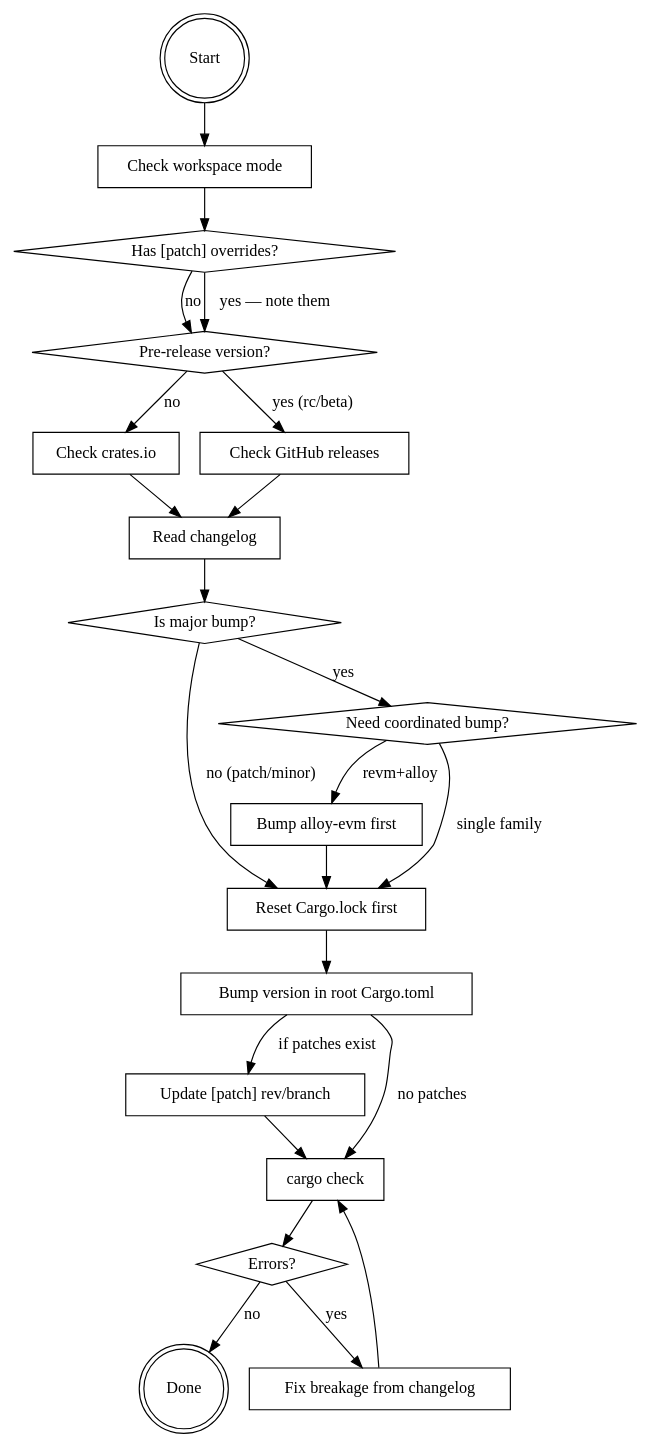
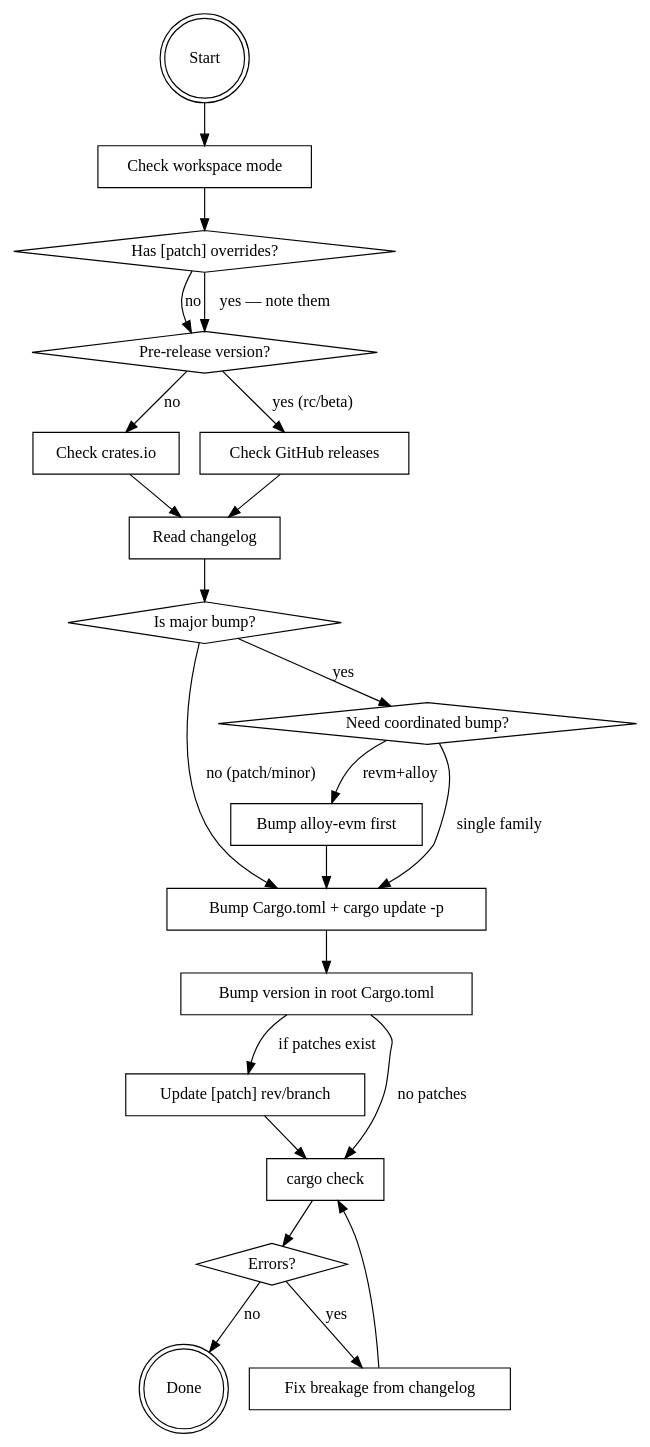
One commit to joohhnnn/bump-upstream-deps changed the diagram in bump-upstream-deps.md. Above: the diagram before and after it, drawn with Graphviz. The commit also changed other lines of this file, not shown here.

First line of the commit message:
fix: use cargo update -p instead of blanket Cargo.lock reset

````diff
--- a/bump-upstream-deps.md
+++ b/bump-upstream-deps.md
@@ -62,44 +62,44 @@
 ```dot
 digraph bump_flow {
   "Start" [shape=doublecircle];
   "Check workspace mode" [shape=box];
   "Has [patch] overrides?" [shape=diamond];
   "Pre-release version?" [shape=diamond];
   "Check crates.io" [shape=box];
   "Check GitHub releases" [shape=box];
   "Read changelog" [shape=box];
   "Is major bump?" [shape=diamond];
   "Bump version in root Cargo.toml" [shape=box];
-  "Reset Cargo.lock first" [shape=box];
+  "Bump Cargo.toml + cargo update -p" [shape=box];
   "Update [patch] rev/branch" [shape=box];
   "cargo check" [shape=box];
   "Errors?" [shape=diamond];
   "Fix breakage from changelog" [shape=box];
   "Need coordinated bump?" [shape=diamond];
   "Bump alloy-evm first" [shape=box];
   "Done" [shape=doublecircle];
 
   "Start" -> "Check workspace mode";
   "Check workspace mode" -> "Has [patch] overrides?";
   "Has [patch] overrides?" -> "Pre-release version?" [label="no"];
   "Has [patch] overrides?" -> "Pre-release version?" [label="yes — note them"];
   "Pre-release version?" -> "Check GitHub releases" [label="yes (rc/beta)"];
   "Pre-release version?" -> "Check crates.io" [label="no"];
   "Check crates.io" -> "Read changelog";
   "Check GitHub releases" -> "Read changelog";
   "Read changelog" -> "Is major bump?";
   "Is major bump?" -> "Need coordinated bump?" [label="yes"];
-  "Is major bump?" -> "Reset Cargo.lock first" [label="no (patch/minor)"];
+  "Is major bump?" -> "Bump Cargo.toml + cargo update -p" [label="no (patch/minor)"];
   "Need coordinated bump?" -> "Bump alloy-evm first" [label="revm+alloy"];
-  "Need coordinated bump?" -> "Reset Cargo.lock first" [label="single family"];
-  "Bump alloy-evm first" -> "Reset Cargo.lock first";
-  "Reset Cargo.lock first" -> "Bump version in root Cargo.toml";
+  "Need coordinated bump?" -> "Bump Cargo.toml + cargo update -p" [label="single family"];
+  "Bump alloy-evm first" -> "Bump Cargo.toml + cargo update -p";
+  "Bump Cargo.toml + cargo update -p" -> "Bump version in root Cargo.toml";
   "Bump version in root Cargo.toml" -> "Update [patch] rev/branch" [label="if patches exist"];
   "Bump version in root Cargo.toml" -> "cargo check" [label="no patches"];
   "Update [patch] rev/branch" -> "cargo check";
   "cargo check" -> "Errors?" ;
   "Errors?" -> "Done" [label="no"];
   "Errors?" -> "Fix breakage from changelog" [label="yes"];
   "Fix breakage from changelog" -> "cargo check";
 }
 ```
````
